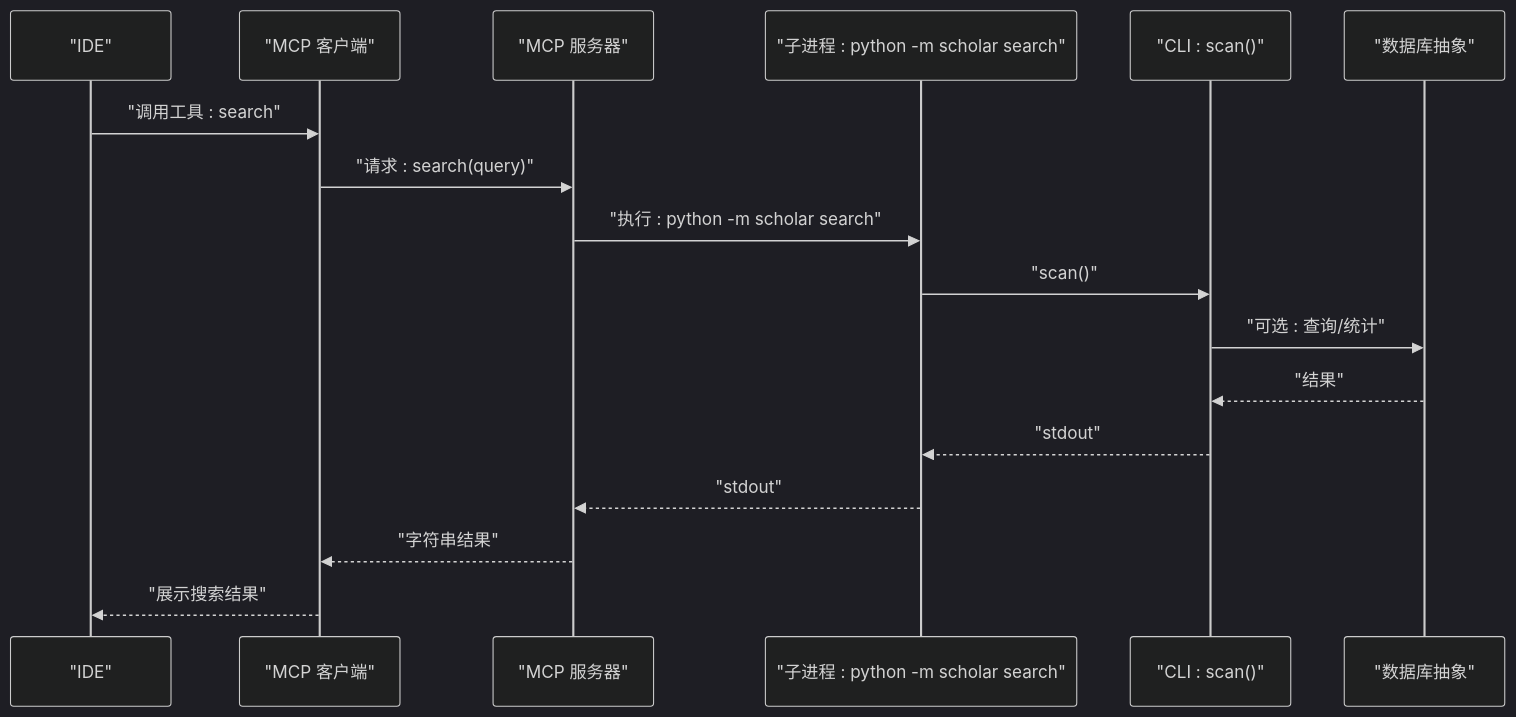
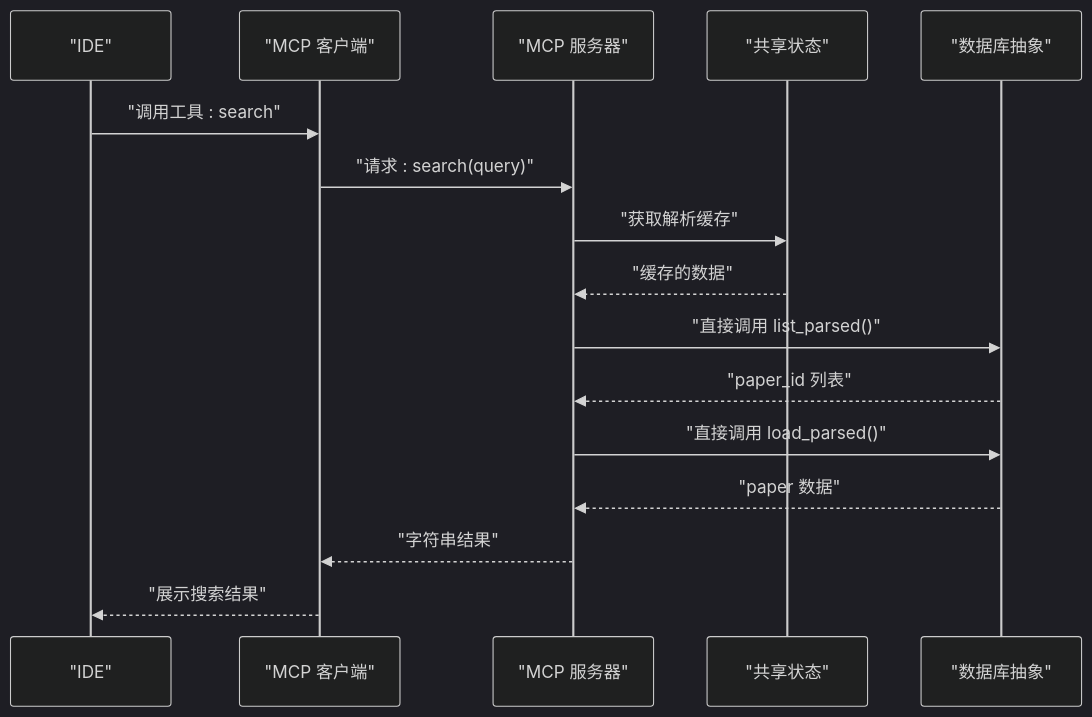
Before and after one commit to 1173591564/academic-based-qoder: the fourth of 5 diagrams in .qoder/repowiki/zh/content/API参考文档/MCP工具API.md, drawn with Mermaid (dark theme). The commit also changed other lines of this file and 80 other files, not shown here.

````diff
--- a/.qoder/repowiki/zh/content/API参考文档/MCP工具API.md
+++ b/.qoder/repowiki/zh/content/API参考文档/MCP工具API.md
@@ -198,19 +224,18 @@
 ```mermaid
 sequenceDiagram
 participant IDE as "IDE"
 participant MCP as "MCP 客户端"
 participant Srv as "MCP 服务器"
-participant Sub as "子进程 : python -m scholar search"
-participant CLI as "CLI : scan()"
+participant State as "共享状态"
 participant DB as "数据库抽象"
 IDE->>MCP : "调用工具 : search"
 MCP->>Srv : "请求 : search(query)"
-Srv->>Sub : "执行 : python -m scholar search"
-Sub->>CLI : "scan()"
-CLI->>DB : "可选 : 查询/统计"
-DB-->>CLI : "结果"
-CLI-->>Sub : "stdout"
-Sub-->>Srv : "stdout"
+Srv->>State : "获取解析缓存"
+State-->>Srv : "缓存的数据"
+Srv->>DB : "直接调用 list_parsed()"
+DB-->>Srv : "paper_id 列表"
+Srv->>DB : "直接调用 load_parsed()"
+DB-->>Srv : "paper 数据"
 Srv-->>MCP : "字符串结果"
 MCP-->>IDE : "展示搜索结果"
 ```
````
